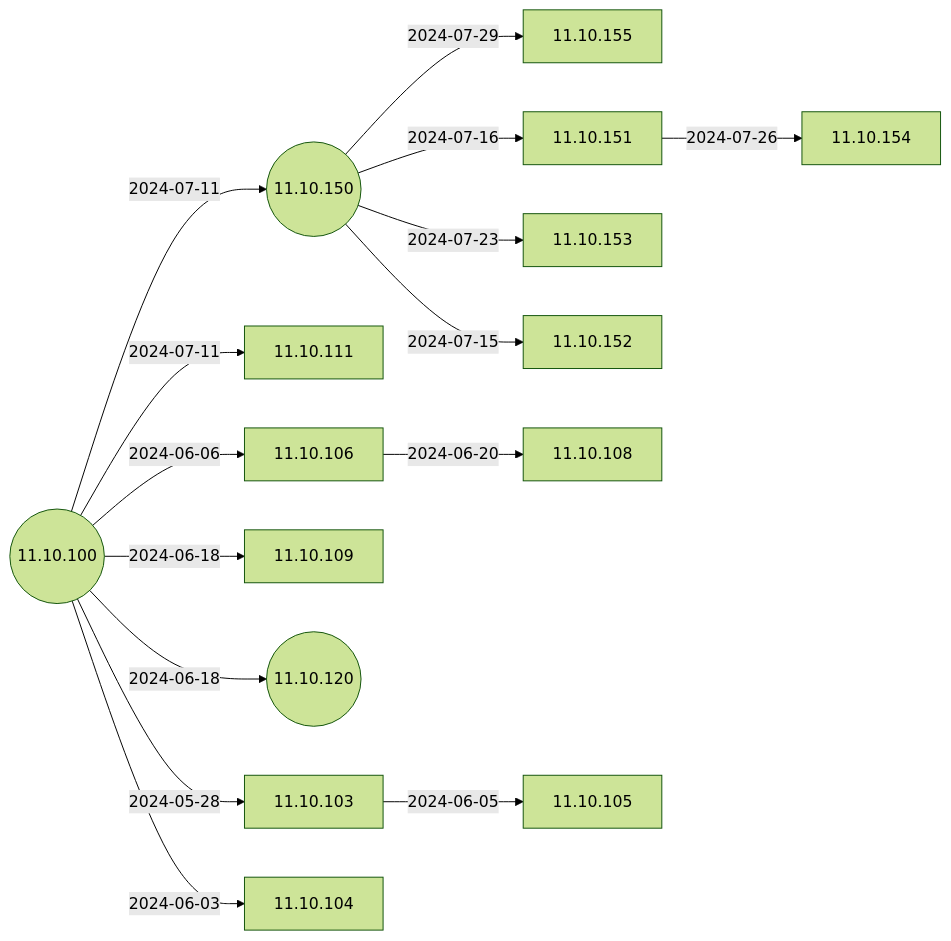
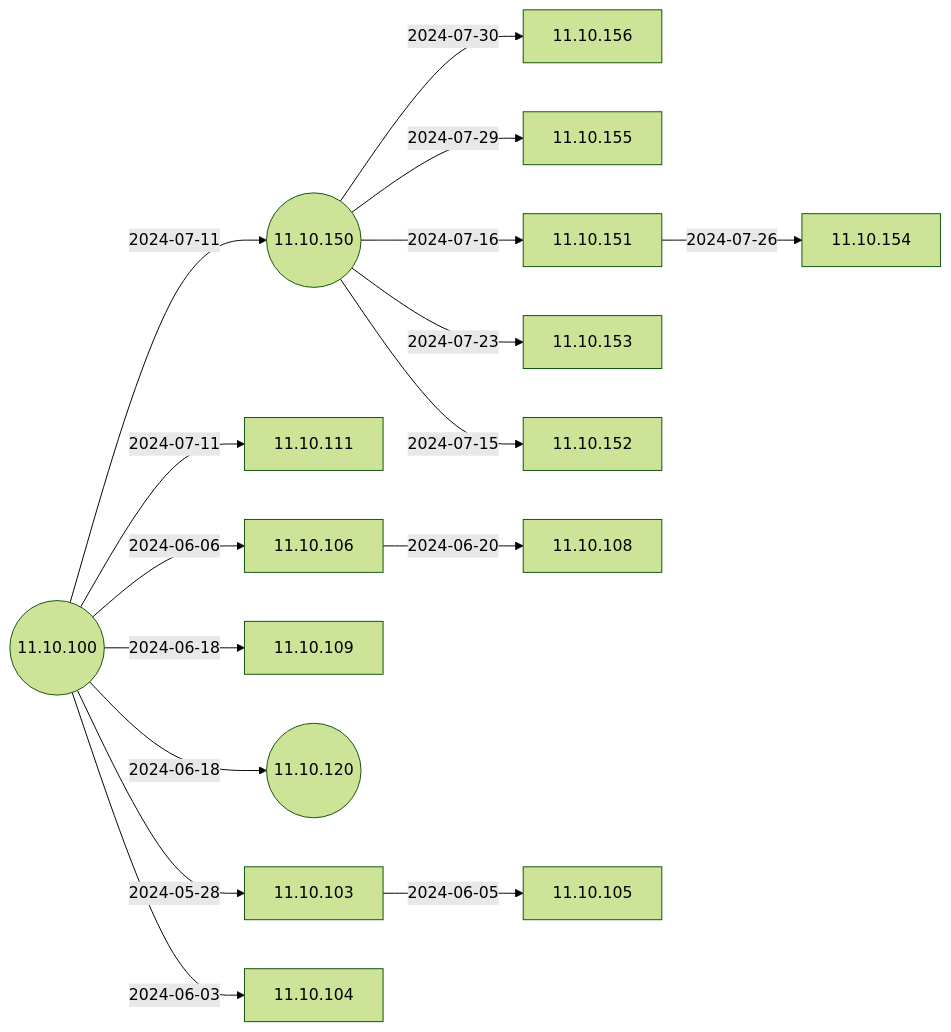
Before and after one commit to IGEL-Community/IGEL-Docs-v02: the second of 6 diagrams in docs/Docs/ReleaseNotes/01-OS11/README.md, drawn with Mermaid (forest theme). The commit also changed 2 other files, not shown here.

Commit message:
11.10.156 < 11.10.150 11.10.156 < 11.10.150

````diff
--- a/docs/Docs/ReleaseNotes/01-OS11/README.md
+++ b/docs/Docs/ReleaseNotes/01-OS11/README.md
@@ -41,33 +41,35 @@
 ```mermaid
 flowchart LR
+    11.10.150-- 2024-07-30 -->11.10.156
     11.10.150-- 2024-07-29 -->11.10.155
     11.10.151-- 2024-07-26 -->11.10.154
     11.10.150-- 2024-07-23 -->11.10.153
     11.10.150-- 2024-07-16 -->11.10.151
     11.10.150-- 2024-07-15 -->11.10.152
     11.10.100-- 2024-07-11 -->11.10.150((11.10.150))
     11.10.100-- 2024-07-11 -->11.10.111
     11.10.106-- 2024-06-20 -->11.10.108
     11.10.100-- 2024-06-18 -->11.10.109
     11.10.100-- 2024-06-18 -->11.10.120((11.10.120))
     11.10.100-- 2024-06-06 -->11.10.106
     11.10.103-- 2024-06-05 -->11.10.105
     11.10.100-- 2024-06-03 -->11.10.104
     11.10.100-- 2024-05-28 -->11.10.103
     11.10.100((11.10.100))
+    click 11.10.156 "https://github.com/IGEL-Community/IGEL-Docs-v02/tree/main/docs/Docs/ReleaseNotes/01-OS11/readme11.10.156.txt" _blank
     click 11.10.155 "https://github.com/IGEL-Community/IGEL-Docs-v02/tree/main/docs/Docs/ReleaseNotes/01-OS11/readme11.10.155.txt" _blank
     click 11.10.154 "https://github.com/IGEL-Community/IGEL-Docs-v02/tree/main/docs/Docs/ReleaseNotes/01-OS11/readme11.10.154.txt" _blank
     click 11.10.153 "https://github.com/IGEL-Community/IGEL-Docs-v02/tree/main/docs/Docs/ReleaseNotes/01-OS11/readme11.10.153.txt" _blank
     click 11.10.151 "https://github.com/IGEL-Community/IGEL-Docs-v02/tree/main/docs/Docs/ReleaseNotes/01-OS11/readme11.10.151.txt" _blank
     click 11.10.152 "https://github.com/IGEL-Community/IGEL-Docs-v02/tree/main/docs/Docs/ReleaseNotes/01-OS11/readme11.10.152.txt" _blank
     click 11.10.111 "https://github.com/IGEL-Community/IGEL-Docs-v02/tree/main/docs/Docs/ReleaseNotes/01-OS11/readme11.10.111.txt" _blank
     click 11.10.150 "https://github.com/IGEL-Community/IGEL-Docs-v02/tree/main/docs/Docs/ReleaseNotes/01-OS11/readme11.10.150.txt" _blank
     click 11.10.108 "https://github.com/IGEL-Community/IGEL-Docs-v02/tree/main/docs/Docs/ReleaseNotes/01-OS11/readme11.10.108.txt" _blank
     click 11.10.109 "https://github.com/IGEL-Community/IGEL-Docs-v02/tree/main/docs/Docs/ReleaseNotes/01-OS11/readme11.10.109.txt" _blank
     click 11.10.120 "https://github.com/IGEL-Community/IGEL-Docs-v02/tree/main/docs/Docs/ReleaseNotes/01-OS11/readme11.10.120.txt" _blank
     click 11.10.106 "https://github.com/IGEL-Community/IGEL-Docs-v02/tree/main/docs/Docs/ReleaseNotes/01-OS11/readme11.10.106.txt" _blank
     click 11.10.105 "https://github.com/IGEL-Community/IGEL-Docs-v02/tree/main/docs/Docs/ReleaseNotes/01-OS11/readme11.10.105.txt" _blank
     click 11.10.104 "https://github.com/IGEL-Community/IGEL-Docs-v02/tree/main/docs/Docs/ReleaseNotes/01-OS11/readme11.10.104.txt" _blank
     click 11.10.103 "https://github.com/IGEL-Community/IGEL-Docs-v02/tree/main/docs/Docs/ReleaseNotes/01-OS11/readme11.10.103.txt" _blank
     click 11.10.100 "https://github.com/IGEL-Community/IGEL-Docs-v02/tree/main/docs/Docs/ReleaseNotes/01-OS11/readme11.10.100.txt" _blank
 ```
````
